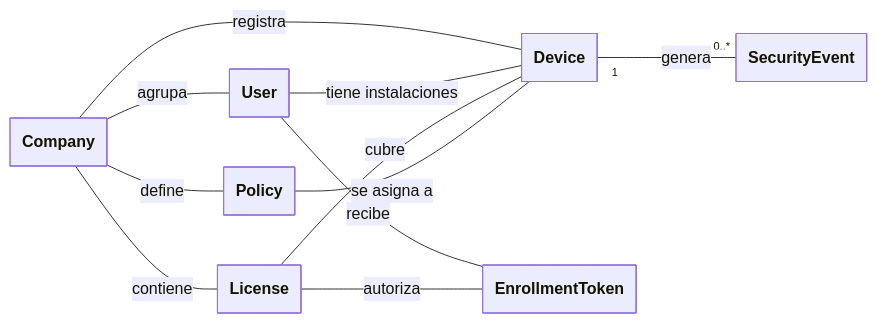
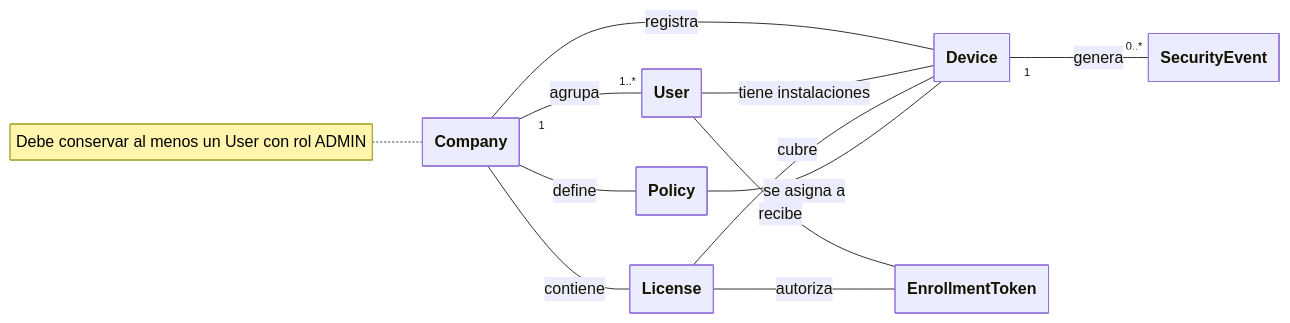
The diagram in diagrams/domain-model.mmd (CristianPG1993/securebrowser-platform), drawn with Mermaid before and after one commit. The commit also changed 2 other files, not shown here.

Commit message:
docs: require a company administrator and clarify user cardinality

```diff
--- a/diagrams/domain-model.mmd
+++ b/diagrams/domain-model.mmd
@@ -1,30 +1,32 @@
 ---
 config:
   class:
     hideEmptyMembersBox: true
 ---
 
 classDiagram
     direction LR
 
     class Company
     class User
     class License
     class Policy
     class Device
     class EnrollmentToken
     class SecurityEvent
 
-    Company -- User : agrupa
+    Company "1" -- "1..*" User : agrupa
     Company -- License : contiene
     Company -- Policy : define
     Company -- Device : registra
 
     User -- Device : tiene instalaciones
     License -- Device : cubre
     Policy -- Device : se asigna a
 
     User -- EnrollmentToken : recibe
     License -- EnrollmentToken : autoriza
 
     Device "1" -- "0..*" SecurityEvent : genera
+
+    note for Company "Debe conservar al menos un User con rol ADMIN"
```
